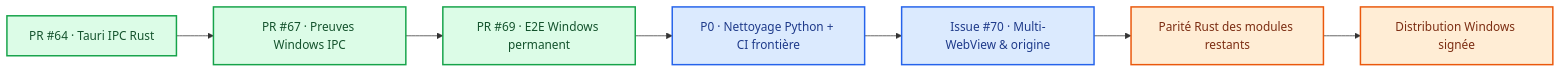
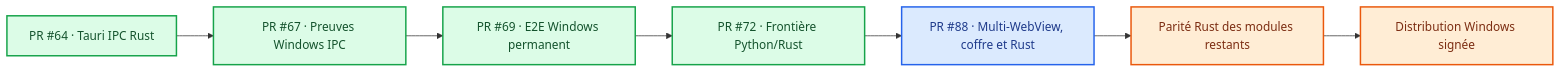
One commit to suvorovpravda/Pravda-Bot changed the first of 3 diagrams in docs/PRAVDA-GUIDE.md. Above: the diagram before and after it, drawn with Mermaid. The commit also changed other lines of this file and 2 other files, not shown here.

````diff
--- a/docs/PRAVDA-GUIDE.md
+++ b/docs/PRAVDA-GUIDE.md
@@ -67,12 +75,12 @@
 ```mermaid
 flowchart LR
     classDef done fill:#dcfce7,stroke:#16a34a,color:#14532d,stroke-width:2px
     classDef active fill:#dbeafe,stroke:#2563eb,color:#1e3a8a,stroke-width:2px
     classDef pending fill:#ffedd5,stroke:#ea580c,color:#7c2d12,stroke-width:2px
     A["PR #64 · Tauri IPC Rust"]:::done --> B["PR #67 · Preuves Windows IPC"]:::done
     B --> C["PR #69 · E2E Windows permanent"]:::done
-    C --> D["P0 · Nettoyage Python + CI frontière"]:::active
-    D --> E["Issue #70 · Multi-WebView & origine"]:::active
+    C --> D["PR #72 · Frontière Python/Rust"]:::done
+    D --> E["PR #88 · Multi-WebView, coffre et Rust"]:::active
     E --> F["Parité Rust des modules restants"]:::pending
     F --> G["Distribution Windows signée"]:::pending
 ```
````
